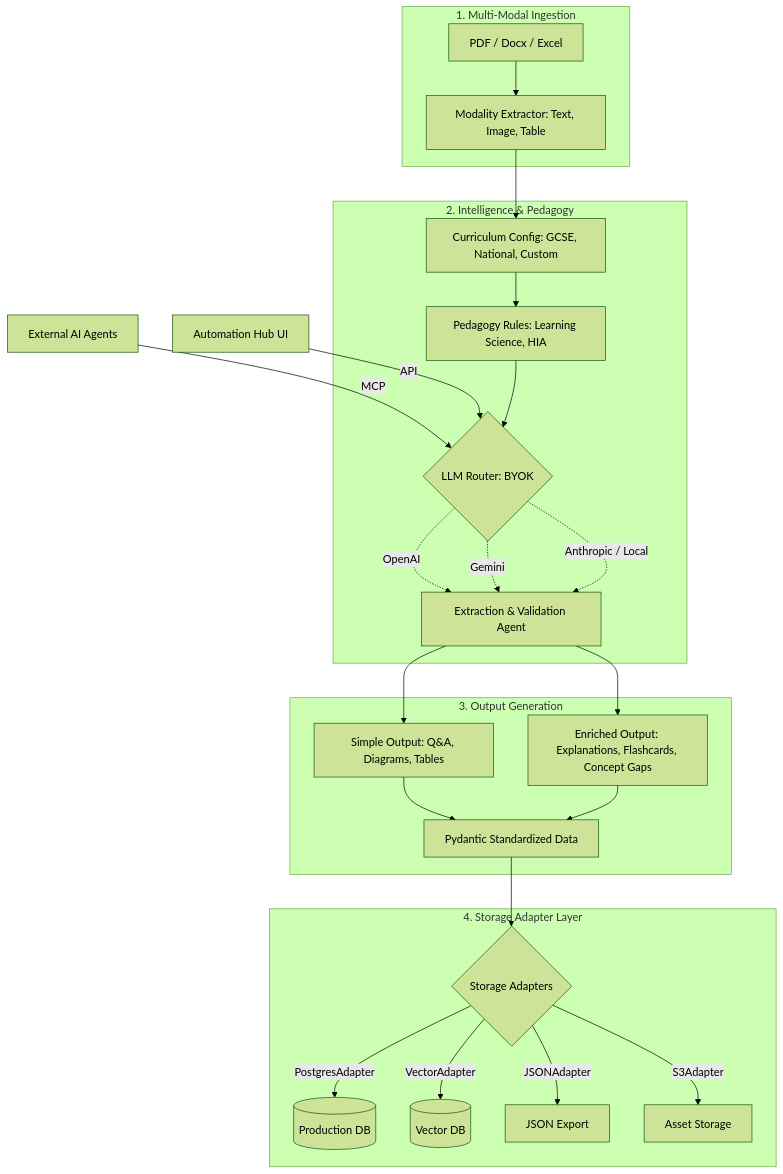
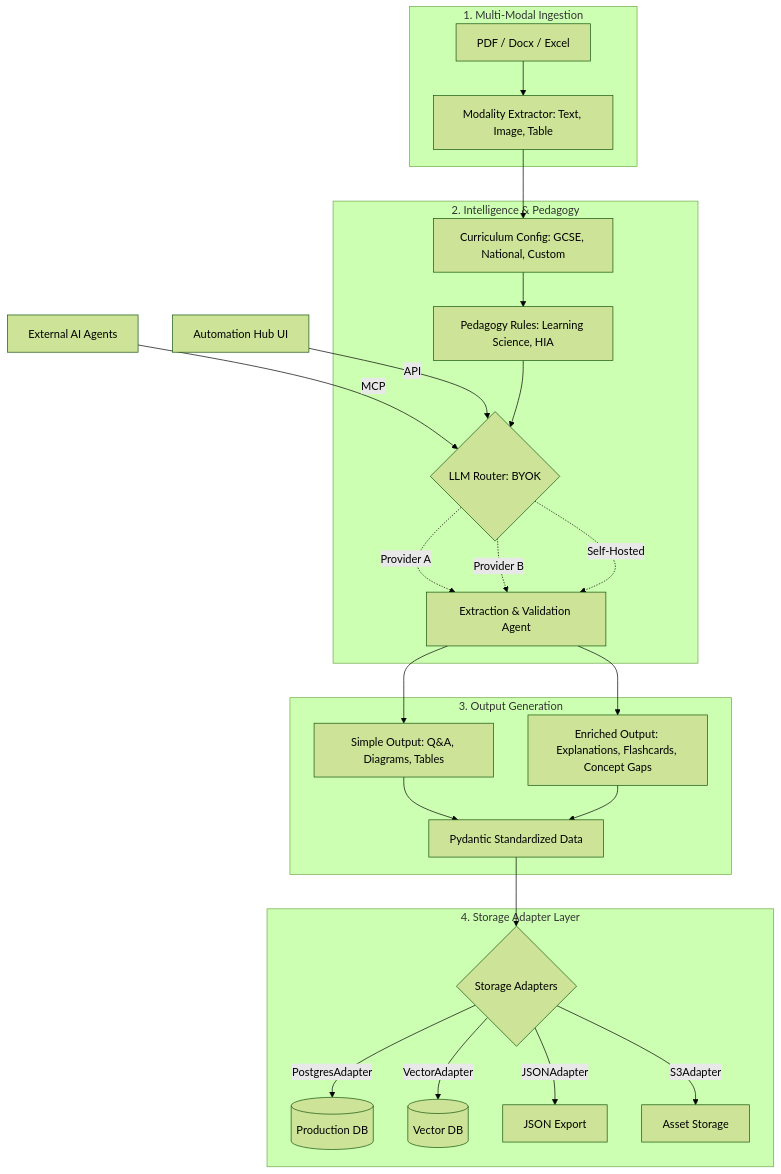
One commit to shmukit/Edmate changed the diagram in docs/technical/AGENTIC_WORKFLOW.md. Above: the diagram before and after it, drawn with Mermaid (forest theme). The commit also changed other lines of this file and 18 other files, not shown here.

````diff
--- a/docs/technical/AGENTIC_WORKFLOW.md
+++ b/docs/technical/AGENTIC_WORKFLOW.md
@@ -13,50 +13,50 @@
 ```mermaid
 graph TB
     %% External Interfaces
     K[External AI Agents] -->|MCP| Router
     L[Automation Hub UI] -->|API| Router
 
     %% 1. Ingestion
     subgraph Ingestion ["1. Multi-Modal Ingestion"]
         A[PDF / Docx / Excel]
         M[Modality Extractor: Text, Image, Table]
         A --> M
     end
 
     %% 2. Intelligence
     subgraph Intelligence ["2. Intelligence & Pedagogy"]
         C[Curriculum Config: GCSE, National, Custom]
         P[Pedagogy Rules: Learning Science, HIA]
         Router{LLM Router: BYOK}
         
         M --> C
         C --> P
         P --> Router
         
-        Router -.->|OpenAI| E[Extraction & Validation Agent]
-        Router -.->|Gemini| E
-        Router -.->|Anthropic / Local| E
+        Router -.->|Provider A| E[Extraction & Validation Agent]
+        Router -.->|Provider B| E
+        Router -.->|Self-Hosted| E
     end
 
     %% 3. Output
     subgraph Output ["3. Output Generation"]
         O1[Simple Output: Q&A, Diagrams, Tables]
         O2[Enriched Output: Explanations, Flashcards, Concept Gaps]
         
         E --> O1
         E --> O2
         
         O1 --> S[Pydantic Standardized Data]
         O2 --> S
     end
 
     %% 4. Storage
     subgraph Persistence ["4. Storage Adapter Layer"]
         SA{Storage Adapters}
         S --> SA
         SA -->|PostgresAdapter| DB1[(Production DB)]
         SA -->|VectorAdapter| DB2[(Vector DB)]
         SA -->|JSONAdapter| DB3[JSON Export]
         SA -->|S3Adapter| DB4[Asset Storage]
     end
 ```
````
